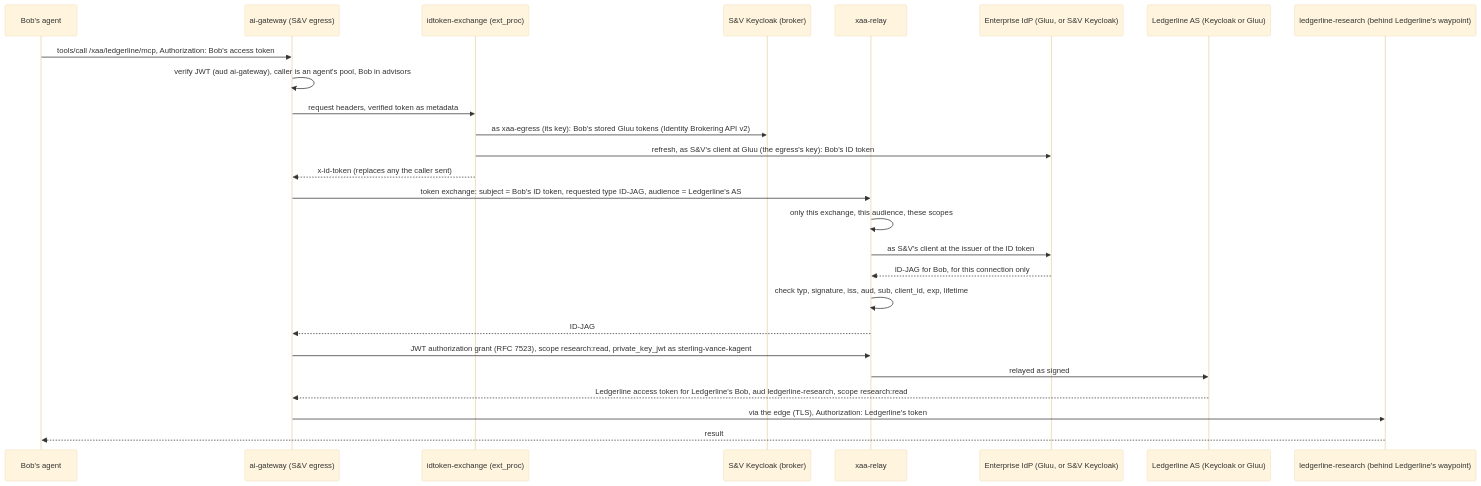
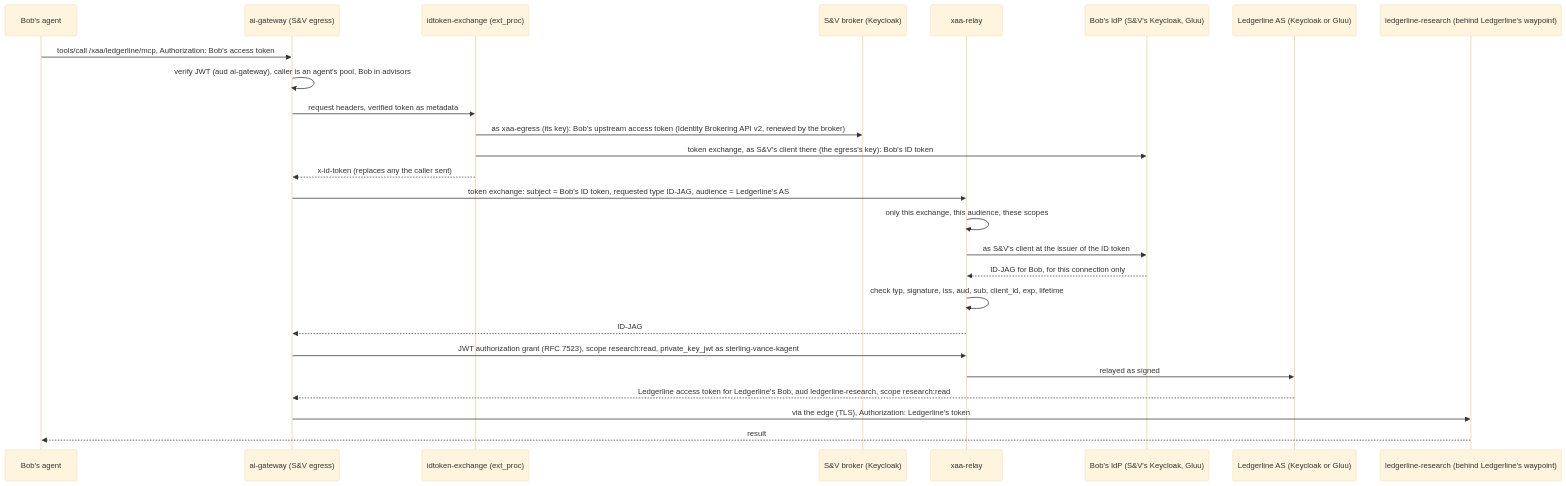
One commit to nickgamb/solo-lab changed the second of 3 diagrams in docs/IDENTITY-FLOWS.md. Above: the diagram before and after it, drawn with Mermaid (base theme). The commit also changed other lines of this file and 10 other files, not shown here.

Commit message:
docs: the broker routes and unifies; S&V's own Keycloak is an IdP

````diff
--- a/docs/IDENTITY-FLOWS.md
+++ b/docs/IDENTITY-FLOWS.md
@@ -150,28 +150,28 @@
 ```mermaid
 sequenceDiagram
   participant A as Bob's agent
   participant G as ai-gateway (S&V egress)
   participant X as idtoken-exchange (ext_proc)
-  participant K as S&V Keycloak (broker)
+  participant K as S&V broker (Keycloak)
   participant R as xaa-relay
-  participant E as Enterprise IdP (Gluu, or S&V Keycloak)
+  participant E as Bob's IdP (S&V's Keycloak, Gluu)
   participant L as Ledgerline AS (Keycloak or Gluu)
   participant M as ledgerline-research (behind Ledgerline's waypoint)
   A->>G: tools/call /xaa/ledgerline/mcp, Authorization: Bob's access token
   G->>G: verify JWT (aud ai-gateway), caller is an agent's pool, Bob in advisors
   G->>X: request headers, verified token as metadata
-  X->>K: as xaa-egress (its key): Bob's stored Gluu tokens (Identity Brokering API v2)
-  X->>E: refresh, as S&V's client at Gluu (the egress's key): Bob's ID token
+  X->>K: as xaa-egress (its key): Bob's upstream access token (Identity Brokering API v2, renewed by the broker)
+  X->>E: token exchange, as S&V's client there (the egress's key): Bob's ID token
   X-->>G: x-id-token (replaces any the caller sent)
   G->>R: token exchange: subject = Bob's ID token, requested type ID-JAG, audience = Ledgerline's AS
   R->>R: only this exchange, this audience, these scopes
   R->>E: as S&V's client at the issuer of the ID token
   E-->>R: ID-JAG for Bob, for this connection only
   R->>R: check typ, signature, iss, aud, sub, client_id, exp, lifetime
   R-->>G: ID-JAG
   G->>R: JWT authorization grant (RFC 7523), scope research:read, private_key_jwt as sterling-vance-kagent
   R->>L: relayed as signed
   L-->>G: Ledgerline access token for Ledgerline's Bob, aud ledgerline-research, scope research:read
   G->>M: via the edge (TLS), Authorization: Ledgerline's token
   M-->>A: result
 ```
````
